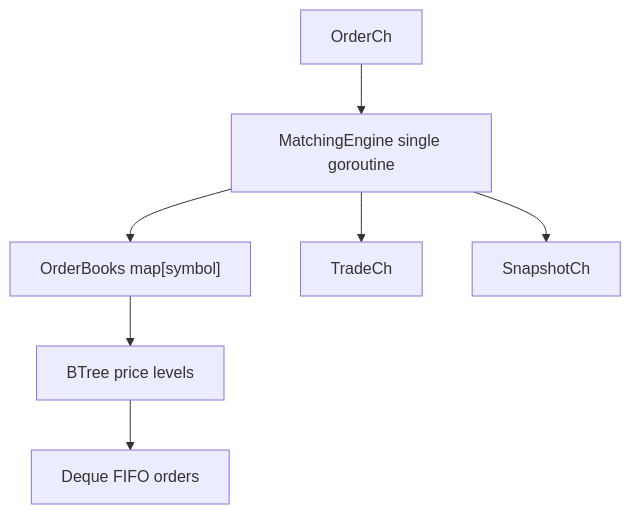
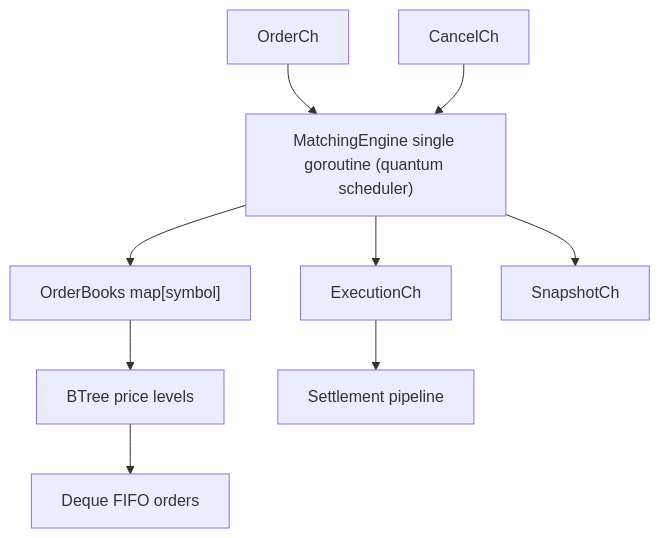
The second of 3 diagrams in README.md (Go-Exchange-Project/Go-exchange-back), drawn with Mermaid before and after one commit. The commit also changed other lines of this file and 4 other files, not shown here.

````diff
--- a/README.md
+++ b/README.md
@@ -108,17 +124,21 @@
 ```mermaid
 flowchart TD
     OrderCh["OrderCh"]
-    Engine["MatchingEngine single goroutine"]
+    CancelCh["CancelCh"]
+    Engine["MatchingEngine single goroutine (quantum scheduler)"]
     Books["OrderBooks map[symbol]"]
     BTree["BTree price levels"]
     Queue["Deque FIFO orders"]
-    TradeCh["TradeCh"]
+    ExecutionCh["ExecutionCh"]
     SnapshotCh["SnapshotCh"]
+    Downstream["Settlement pipeline"]
 
     OrderCh --> Engine
+    CancelCh --> Engine
     Engine --> Books
     Books --> BTree
     BTree --> Queue
-    Engine --> TradeCh
+    Engine --> ExecutionCh
+    ExecutionCh --> Downstream
     Engine --> SnapshotCh
 ```
````
